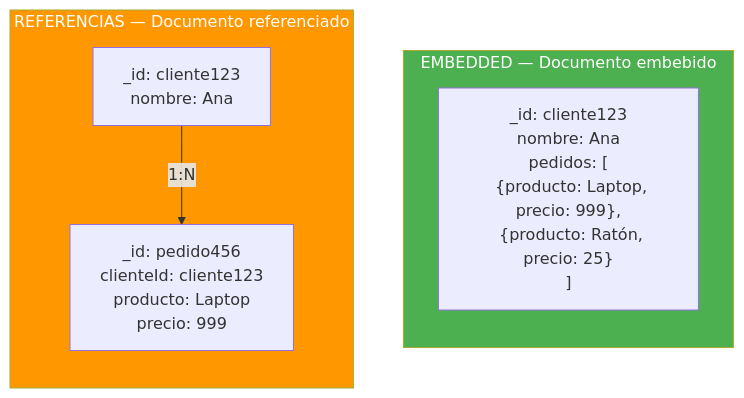
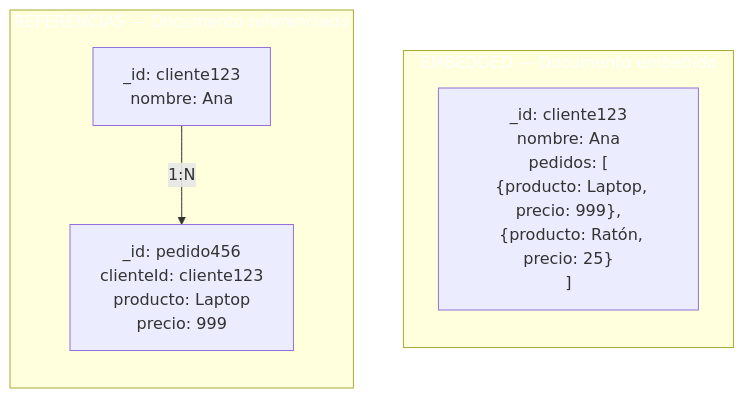
Before and after one commit to joseluisgs/DesarrolloWebEntornosServidor-01-2026-2027: the fourth of 14 diagrams in 21-sql-nosql.md, drawn with Mermaid. The commit also changed other lines of this file and 66 other files, not shown here.

First line of the commit message:
fix: normalizar titulos al castellano de frase y corregir la paleta de mermaid

````diff
--- a/21-sql-nosql.md
+++ b/21-sql-nosql.md
@@ -1068,17 +1068,17 @@
 ```mermaid
 graph TB
     subgraph EMBEDDED["EMBEDDED — Documento embebido"]
         direction TB
         D1["_id: cliente123<br/>nombre: Ana<br/>pedidos: [<br/>  {producto: Laptop, precio: 999},<br/>  {producto: Ratón, precio: 25}<br/>]"]
     end
 
     subgraph REFERENCIAS["REFERENCIAS — Documento referenciado"]
         direction TB
         D2["_id: cliente123<br/>nombre: Ana"]
         D3["_id: pedido456<br/>clienteId: cliente123<br/>producto: Laptop<br/>precio: 999"]
         D2 -->|"1:N"| D3
     end
 
-    style EMBEDDED fill:#4CAF50,color:#fff
-    style REFERENCIAS fill:#FF9800,color:#fff
+    style EMBEDDED fill:#4CAF5,color:#fff0,color:#fff
+    style REFERENCIAS fill:#FF980,color:#fff0,color:#fff
 ```
````
